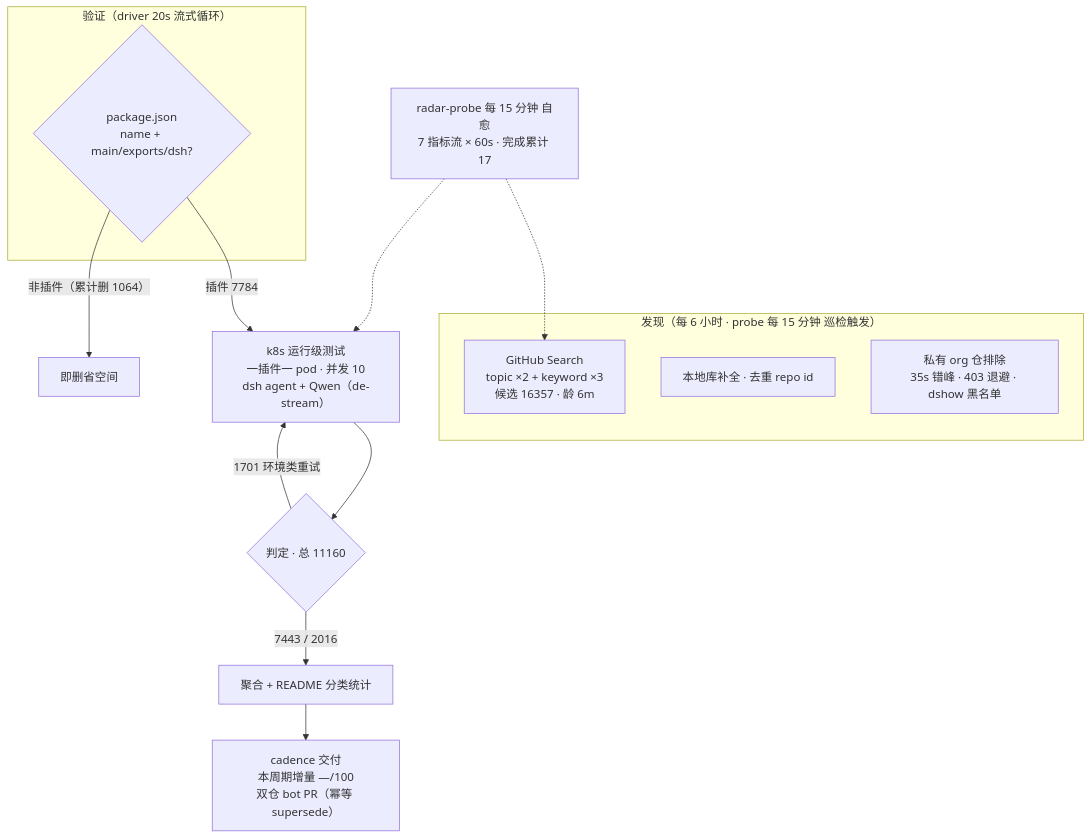
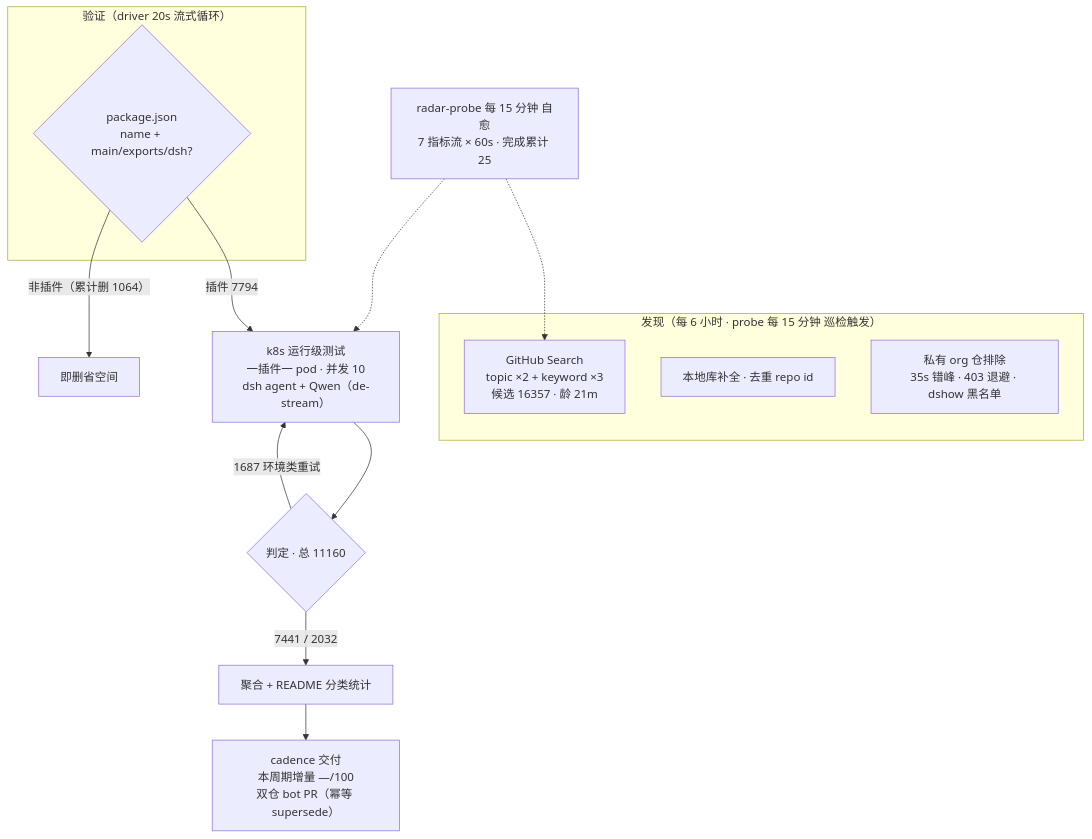
Before and after one commit to Zhidao-Lab-OSS/awesome-dsh-plugins: the diagram in README.md, drawn with Mermaid. The commit also changed other lines of this file and 1 other file, not shown here.

````diff
--- a/README.md
+++ b/README.md
@@ -52,20 +52,20 @@
 ```mermaid
 flowchart TB
     subgraph Discovery["发现（每 6 小时 · probe 每 15 分钟 巡检触发）"]
-        A1["GitHub Search<br/>topic ×2 + keyword ×3<br/>候选 16357 · 龄 6m"]
+        A1["GitHub Search<br/>topic ×2 + keyword ×3<br/>候选 16357 · 龄 21m"]
         A2["本地库补全 · 去重 repo id"]
         A3["私有 org 仓排除<br/>35s 错峰 · 403 退避 · dshow 黑名单"]
     end
     subgraph Validation["验证（driver 20s 流式循环）"]
         B1{"package.json<br/>name + main/exports/dsh?"}
     end
-    B1 -->|"插件 7784"| C1["k8s 运行级测试<br/>一插件一 pod · 并发 10<br/>dsh agent + Qwen（de-stream）"]
+    B1 -->|"插件 7794"| C1["k8s 运行级测试<br/>一插件一 pod · 并发 10<br/>dsh agent + Qwen（de-stream）"]
     B1 -->|"非插件（累计删 1064）"| B3["即删省空间"]
     C1 --> D1{"判定 · 总 11160"}
-    D1 -->|"7443 / 2016"| E1["聚合 + README 分类统计"]
-    D1 -->|"1701 环境类重试"| C1
+    D1 -->|"7441 / 2032"| E1["聚合 + README 分类统计"]
+    D1 -->|"1687 环境类重试"| C1
     E1 --> E2["cadence 交付<br/>本周期增量 —/100<br/>双仓 bot PR（幂等 supersede）"]
-    M["radar-probe 每 15 分钟 自愈<br/>7 指标流 × 60s · 完成累计 17"]
+    M["radar-probe 每 15 分钟 自愈<br/>7 指标流 × 60s · 完成累计 25"]
     M -.-> A1
     M -.-> C1
 ```
````
